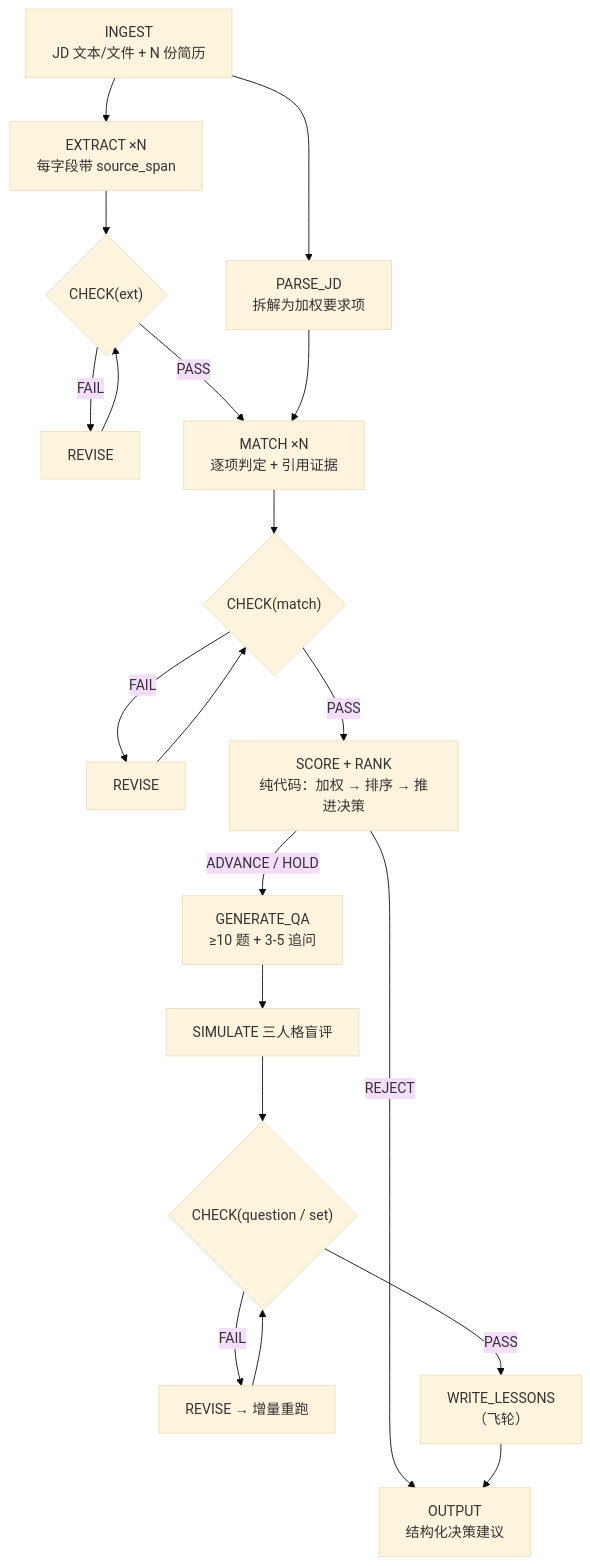
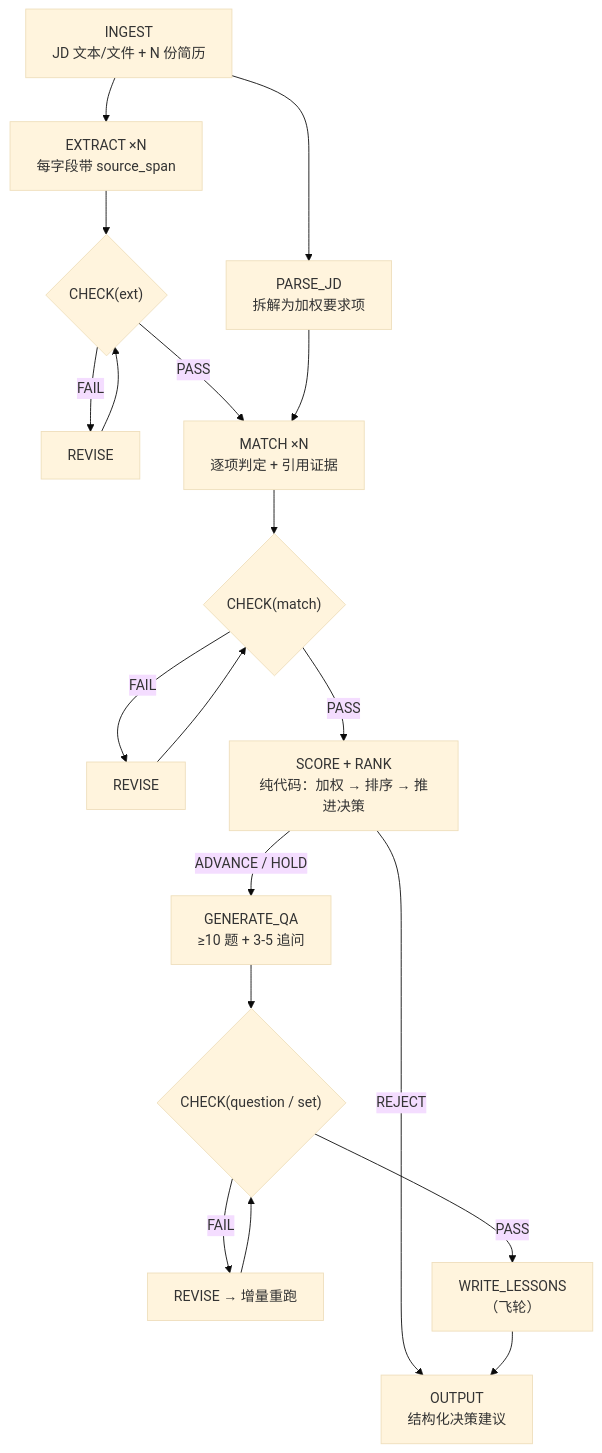
The second of 2 diagrams in ARCHITECTURE.md (1367877593-ops/resume-screening-agent), drawn with Mermaid (base theme) before and after one commit. The commit also changed other lines of this file and 51 other files, not shown here.

````diff
--- a/ARCHITECTURE.md
+++ b/ARCHITECTURE.md
@@ -282,22 +258,21 @@
 ```mermaid
 flowchart TD
     A["INGEST<br/>JD 文本/文件 + N 份简历"] --> B["PARSE_JD<br/>拆解为加权要求项"]
     A --> C["EXTRACT ×N<br/>每字段带 source_span"]
     C --> D{"CHECK(ext)"}
     D -->|FAIL| E["REVISE"]
     E --> D
     D -->|PASS| F["MATCH ×N<br/>逐项判定 + 引用证据"]
     B --> F
     F --> G{"CHECK(match)"}
     G -->|FAIL| H["REVISE"]
     H --> G
     G -->|PASS| I["SCORE + RANK<br/>纯代码：加权 → 排序 → 推进决策"]
     I -->|REJECT| N["OUTPUT<br/>结构化决策建议"]
     I -->|ADVANCE / HOLD| J["GENERATE_QA<br/>≥10 题 + 3-5 追问"]
-    J --> K["SIMULATE 三人格盲评"]
-    K --> L{"CHECK(question / set)"}
+    J --> L{"CHECK(question / set)"}
     L -->|FAIL| M["REVISE → 增量重跑"]
     M --> L
     L -->|PASS| O["WRITE_LESSONS<br/>（飞轮）"]
     O --> N
 ```
````
